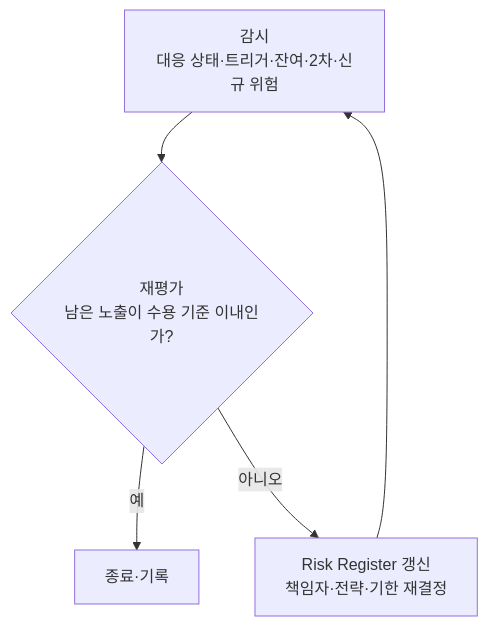
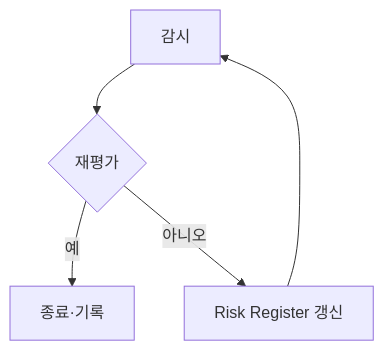
One commit to agnusdei1207/study changed the fourth of 5 diagrams in src/content/docs/notes/itpe/01-it-strategy/009_project_risk_management_negative.md. Above: the diagram before and after it, drawn with Mermaid. The commit also changed other lines of this file and 19 other files, not shown here.

````diff
--- a/src/content/docs/notes/itpe/01-it-strategy/009_project_risk_management_negative.md
+++ b/src/content/docs/notes/itpe/01-it-strategy/009_project_risk_management_negative.md
@@ -118,7 +132,7 @@
 ```mermaid
 flowchart TD
-    M["감시<br/>대응 상태·트리거·잔여·2차·신규 위험"] --> Q{"재평가<br/>남은 노출이 수용 기준 이내인가?"}
+    M["감시"] --> Q{"재평가"}
     Q -->|예| C["종료·기록"]
-    Q -->|아니오| U["Risk Register 갱신<br/>책임자·전략·기한 재결정"]
+    Q -->|아니오| U["Risk Register 갱신"]
     U --> M
 ```
````
